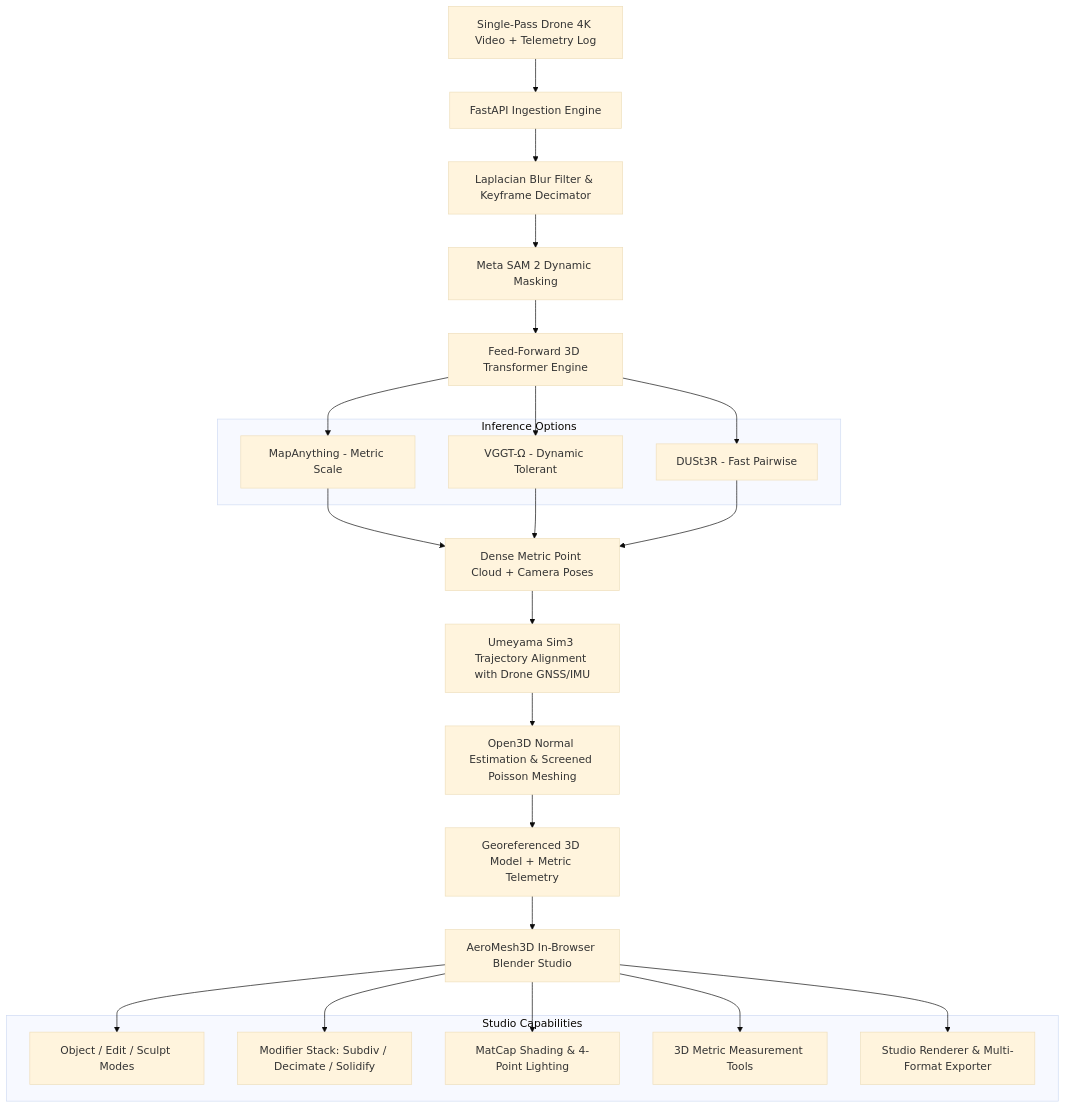
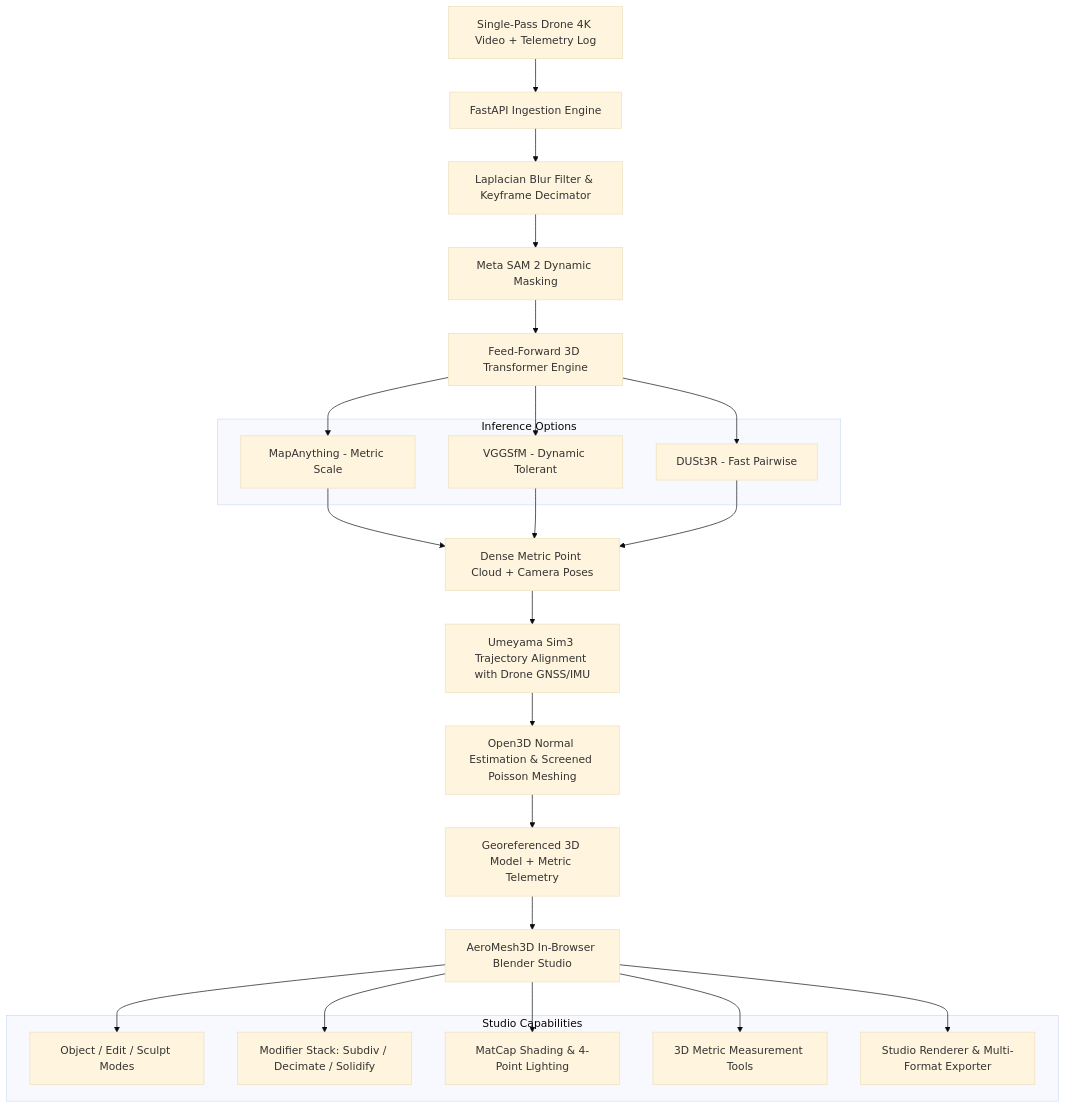
One commit to MrEGAMERZ/AeroMesh changed the diagram in DOCUMENTATION.md. Above: the diagram before and after it, drawn with Mermaid (base theme). The commit also changed other lines of this file and 4 other files, not shown here.

````diff
--- a/DOCUMENTATION.md
+++ b/DOCUMENTATION.md
@@ -59,32 +59,32 @@
 ```mermaid
 flowchart TD
     A[Single-Pass Drone 4K Video + Telemetry Log] --> B[FastAPI Ingestion Engine]
     B --> C[Laplacian Blur Filter & Keyframe Decimator]
     C --> D[Meta SAM 2 Dynamic Masking]
     D --> E[Feed-Forward 3D Transformer Engine]
     
     subgraph "Inference Options"
         E1[MapAnything - Metric Scale]
-        E2[VGGT-Ω - Dynamic Tolerant]
+        E2[VGGSfM - Dynamic Tolerant]
         E3[DUSt3R - Fast Pairwise]
     end
     E --> E1
     E --> E2
     E --> E3
     
     E1 & E2 & E3 --> F[Dense Metric Point Cloud + Camera Poses]
     F --> G[Umeyama Sim3 Trajectory Alignment with Drone GNSS/IMU]
     G --> H[Open3D Normal Estimation & Screened Poisson Meshing]
     H --> I[Georeferenced 3D Model + Metric Telemetry]
     
     I --> J[AeroMesh3D In-Browser Blender Studio]
     
     subgraph "Studio Capabilities"
         J1[Object / Edit / Sculpt Modes]
         J2[Modifier Stack: Subdiv / Decimate / Solidify]
         J3[MatCap Shading & 4-Point Lighting]
         J4[3D Metric Measurement Tools]
         J5[Studio Renderer & Multi-Format Exporter]
     end
     J --> J1 & J2 & J3 & J4 & J5
 ```
````
